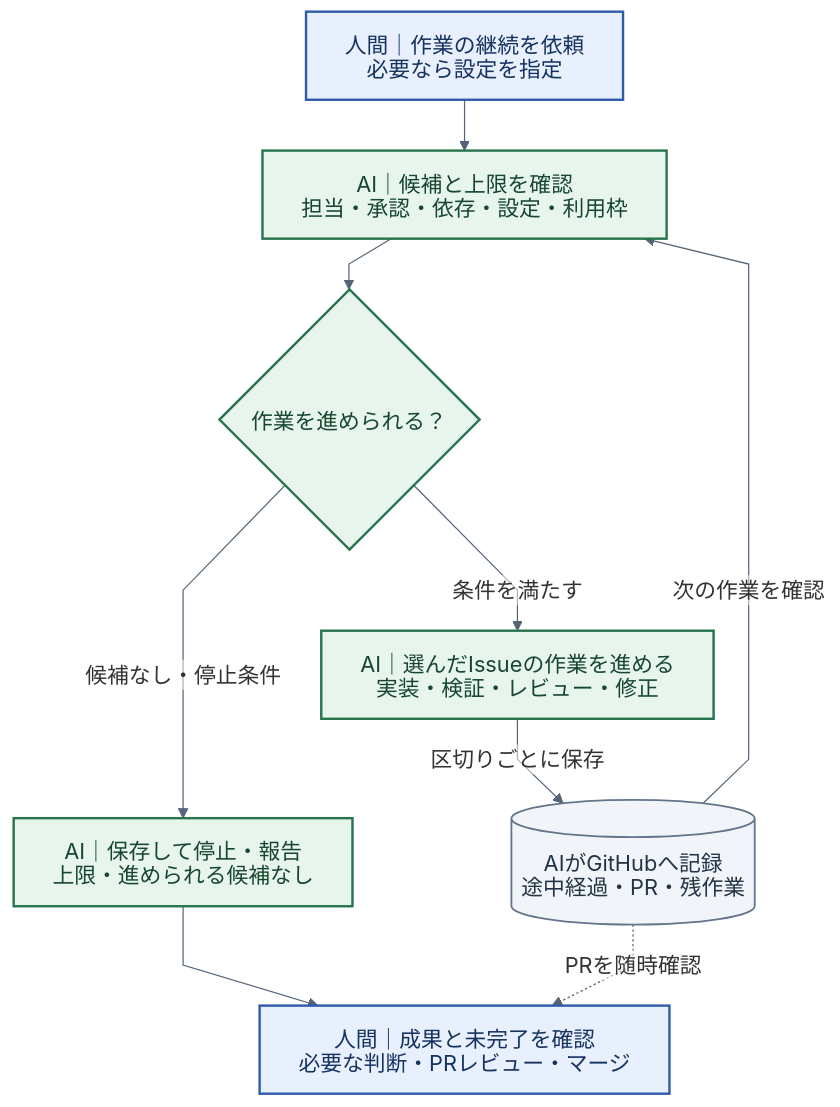
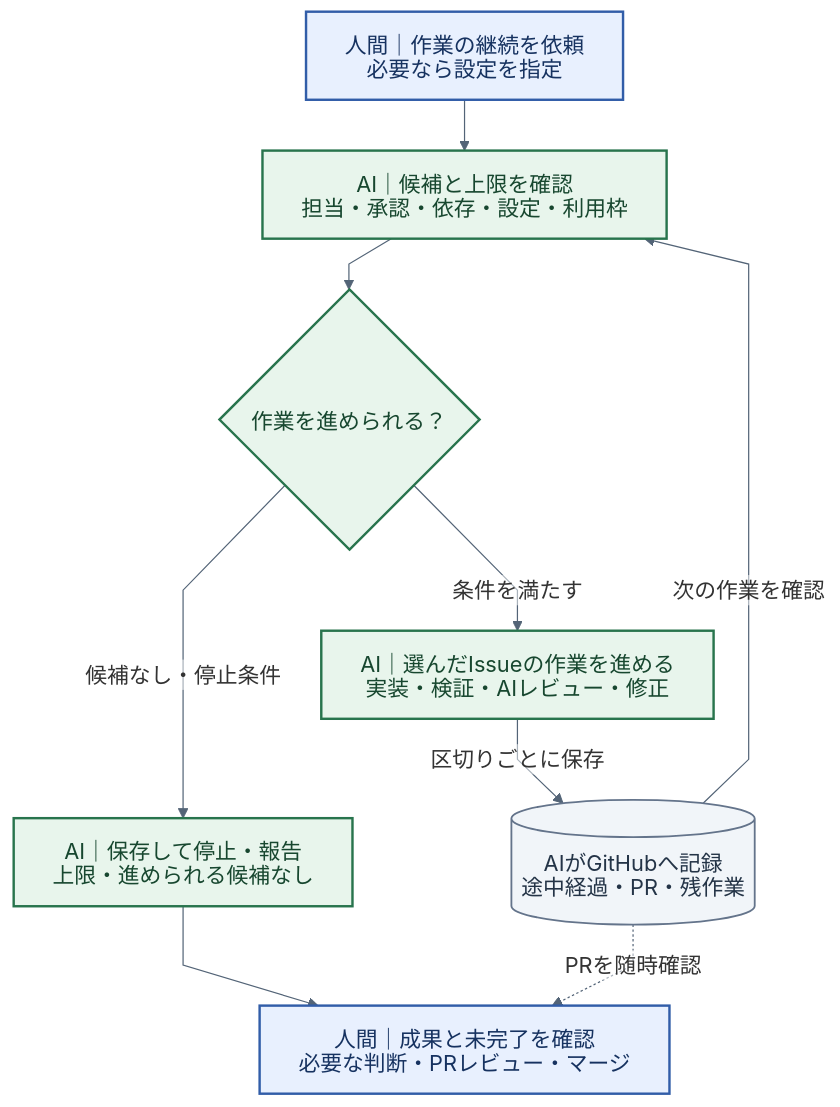
One commit to gorillaimo/ai-driven-dev-template changed the diagram in docs/assets/template-guide/autonomous-flow.mmd. Above: the diagram before and after it, drawn with Mermaid. The commit also changed 2 other files, not shown here.

Commit message:
docs: make AI review and repair flow explicit (#75)

```diff
--- a/docs/assets/template-guide/autonomous-flow.mmd
+++ b/docs/assets/template-guide/autonomous-flow.mmd
@@ -1,47 +1,47 @@
 ---
 config:
   theme: base
   look: classic
   htmlLabels: false
   fontFamily: Noto Sans CJK JP, sans-serif
   markdownAutoWrap: false
   themeVariables:
     fontFamily: Noto Sans CJK JP, sans-serif
     fontSize: 18px
     edgeLabelBackground: '#ffffff'
     lineColor: '#536477'
   flowchart:
     htmlLabels: false
     curve: linear
     wrappingWidth: 420
     nodeSpacing: 38
     rankSpacing: 42
     padding: 16
 ---
 flowchart TB
   accTitle: 自律実行の作業選択・保存・停止と人間の確認
-  accDescr: 人間の継続依頼からAIが候補と設定・利用枠を確認し、進められるIssueの作業と保存を繰り返す。進められる候補がない場合や上限では保存して報告する。人間は準備されたPRを随時確認し、マージを判断する。設定と利用枠による自動停止は実装予定の設計。
+  accDescr: 人間の継続依頼からAIが候補と設定・利用枠を確認し、Issueの実装・検証・AIレビュー・修正と保存を繰り返す。必要な独立レビューは実装とは別の実行コンテキストで行う。進められる候補がない場合や上限では保存して報告する。人間は準備されたPRを随時確認し、マージを判断する。設定と利用枠による自動停止は実装予定の設計。
 
   request["人間｜作業の継続を依頼<br/>必要なら設定を指定"]
   inspect["AI｜候補と上限を確認<br/>担当・承認・依存・設定・利用枠"]
   proceed{"作業を進められる？"}
-  work["AI｜選んだIssueの作業を進める<br/>実装・検証・レビュー・修正"]
+  work["AI｜選んだIssueの作業を進める<br/>実装・検証・AIレビュー・修正"]
   save[("AIがGitHubへ記録<br/>途中経過・PR・残作業")]
   report["AI｜保存して停止・報告<br/>上限・進められる候補なし"]
   review["人間｜成果と未完了を確認<br/>必要な判断・PRレビュー・マージ"]
 
   request --> inspect
   inspect --> proceed
   proceed -->|条件を満たす| work
   work -->|区切りごとに保存| save
   save -->|次の作業を確認| inspect
   proceed -->|候補なし・停止条件| report
   report --> review
   save -.->|PRを随時確認| review
 
   classDef human fill:#e8f0fe,stroke:#315da8,color:#163260,stroke-width:2px
   classDef ai fill:#e8f5ec,stroke:#28744d,color:#17472f,stroke-width:2px
   classDef record fill:#f1f5f9,stroke:#64748b,color:#243447,stroke-width:1.5px
   class request,review human
   class inspect,proceed,work,report ai
   class save record
```
